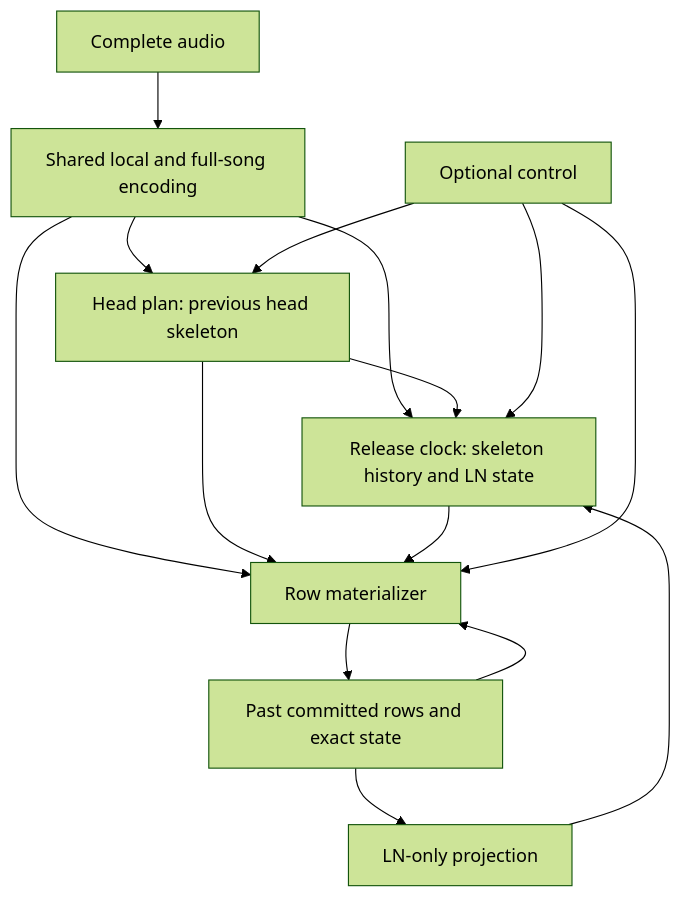
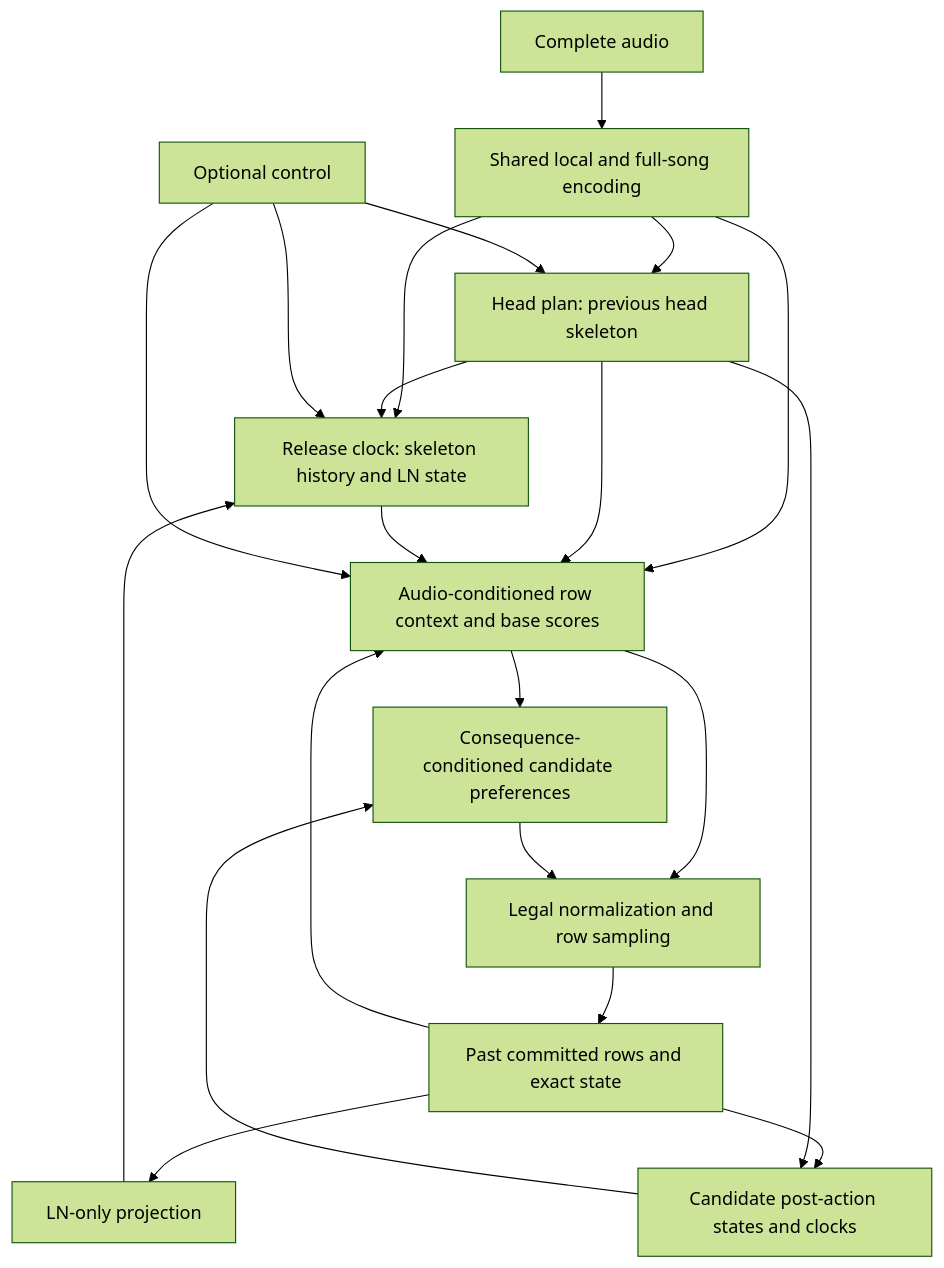
One commit to Pulsefield/Pulsefield-model changed the diagram in docs/research/audio_skeleton_information_contract.md. Above: the diagram before and after it, drawn with Mermaid (forest theme). The commit also changed other lines of this file and 1 other file, not shown here.

Commit message:
Restore candidate consequence evaluation to the joint model design

````diff
--- a/docs/research/audio_skeleton_information_contract.md
+++ b/docs/research/audio_skeleton_information_contract.md
@@ -81,17 +93,23 @@
 ```mermaid
 flowchart TD
     A[Complete audio] --> E[Shared local and full-song encoding]
     E --> H[Head plan: previous head skeleton]
     E --> L[Release clock: skeleton history and LN state]
-    E --> M[Row materializer]
+    E --> M[Audio-conditioned row context and base scores]
     H --> L
     H --> M
     L --> M
     P[Past committed rows and exact state] --> M
     P --> O[LN-only projection]
     O --> L
-    M --> P
+    P --> X[Candidate post-action states and clocks]
+    H --> X
+    M --> F[Consequence-conditioned candidate preferences]
+    X --> F
+    M --> Q[Legal normalization and row sampling]
+    F --> Q
+    Q --> P
     C[Optional control] --> H
     C --> L
     C --> M
 ```
````
